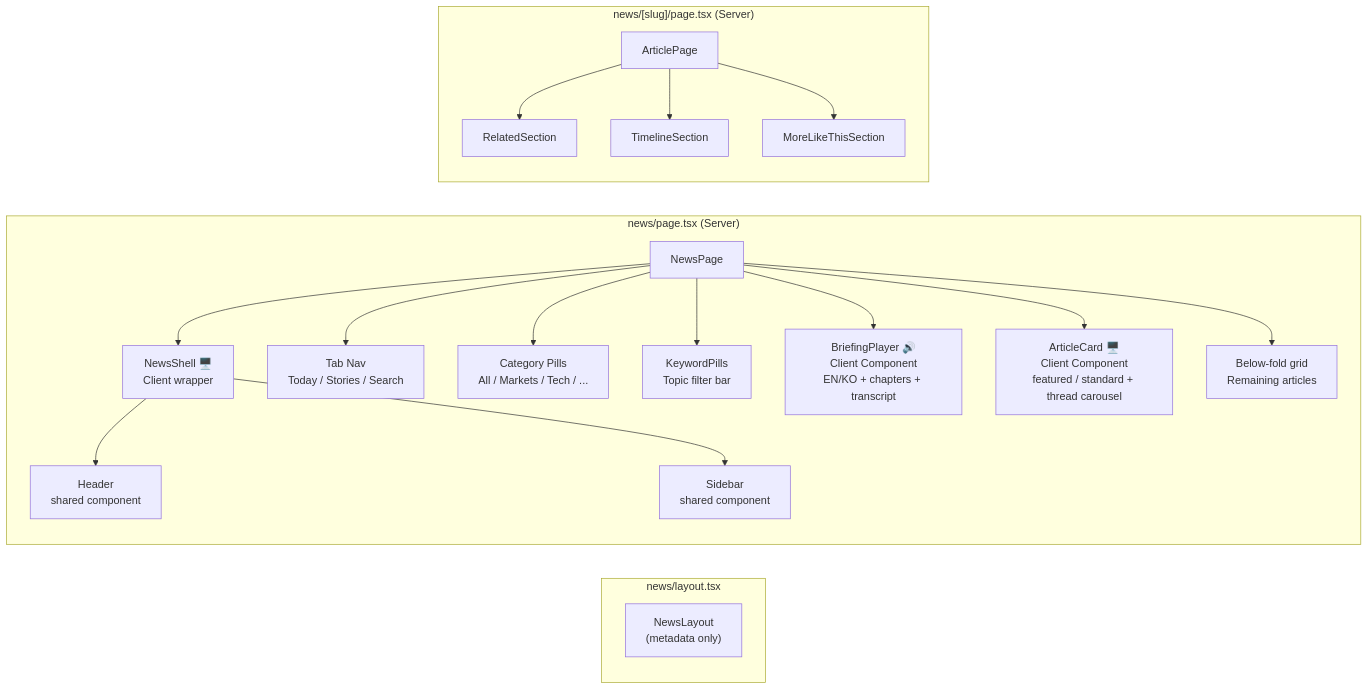
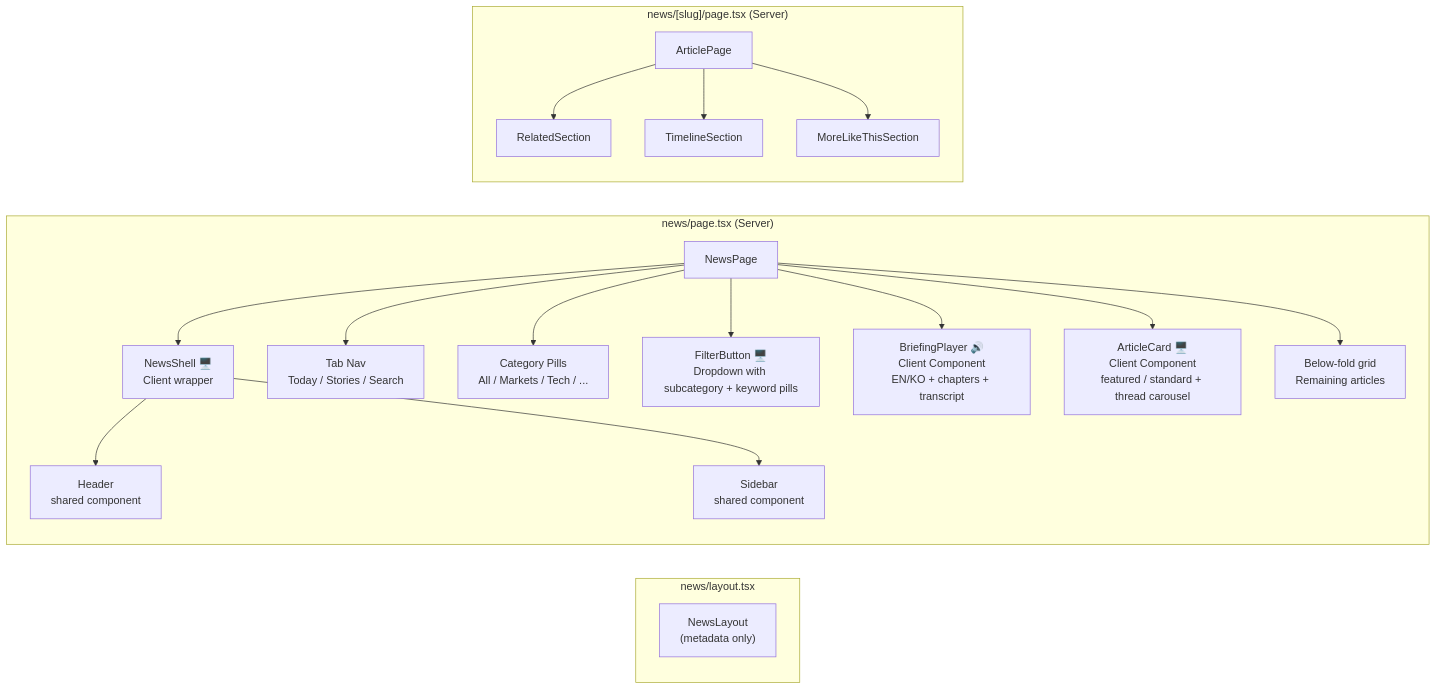
One commit to choym92/araverus changed the second of 6 diagrams in docs/4-news-frontend.md. Above: the diagram before and after it, drawn with Mermaid. The commit also changed other lines of this file and 6 other files, not shown here.

````diff
--- a/docs/4-news-frontend.md
+++ b/docs/4-news-frontend.md
@@ -57,25 +59,25 @@
 ```mermaid
 graph LR
     subgraph "news/layout.tsx"
         LAYOUT["NewsLayout<br/>(metadata only)"]
     end
 
     subgraph "news/page.tsx (Server)"
         PAGE[NewsPage] --> SHELL[NewsShell 🖥️<br/>Client wrapper]
         SHELL --> HEADER[Header<br/>shared component]
         SHELL --> SIDEBAR[Sidebar<br/>shared component]
 
         PAGE --> TABS[Tab Nav<br/>Today / Stories / Search]
         PAGE --> CATS[Category Pills<br/>All / Markets / Tech / ...]
-        PAGE --> KW[KeywordPills<br/>Topic filter bar]
+        PAGE --> FB[FilterButton 🖥️<br/>Dropdown with subcategory + keyword pills]
         PAGE --> BP[BriefingPlayer 🔊<br/>Client Component<br/>EN/KO + chapters + transcript]
         PAGE --> AC[ArticleCard 🖥️<br/>Client Component<br/>featured / standard + thread carousel]
         PAGE --> BELOW[Below-fold grid<br/>Remaining articles]
     end
 
     subgraph "news/[slug]/page.tsx (Server)"
         DETAIL[ArticlePage] --> REL[RelatedSection]
         DETAIL --> TL[TimelineSection]
         DETAIL --> MLT[MoreLikeThisSection]
     end
 ```
````
